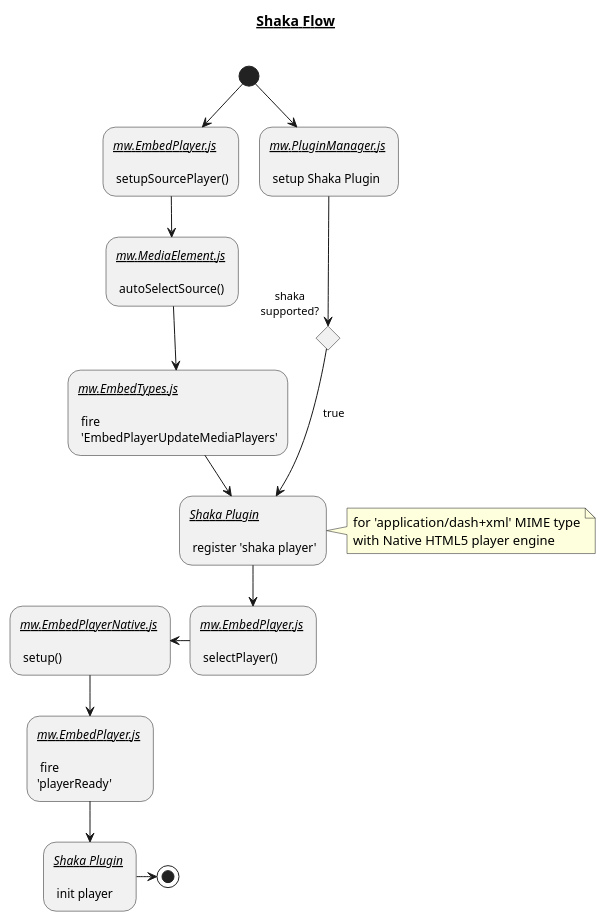
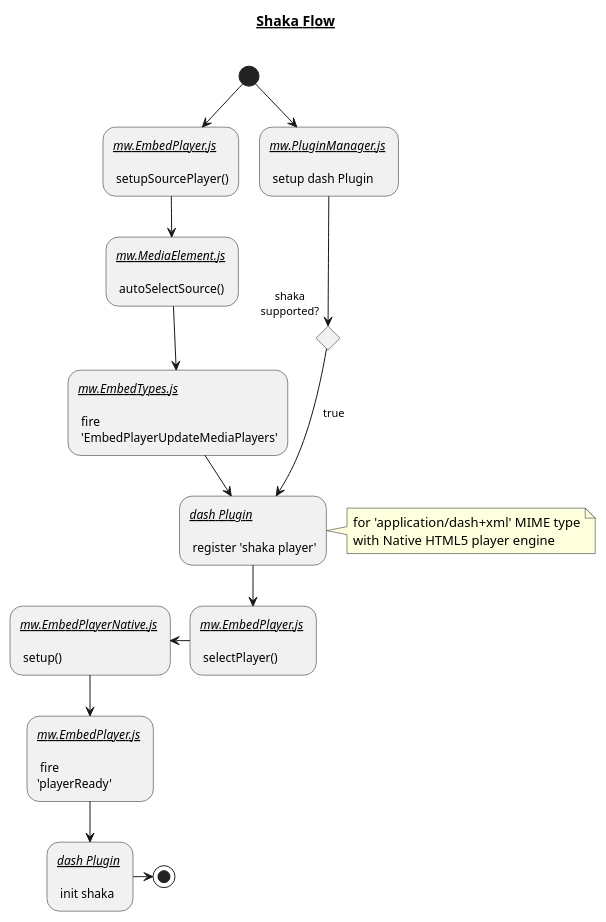
One commit to kaltura/mwEmbed changed the diagram in modules/Dash/shaka.puml. Above: the diagram before and after it, drawn with PlantUML. The commit also changed 1 other file, not shown here.

```diff
--- a/modules/Dash/shaka.puml
+++ b/modules/Dash/shaka.puml
@@ -1,33 +1,34 @@
 @startuml
 title __Shaka Flow__\n
 
 (*) --> __//mw.EmbedPlayer.js//__ \n\n setupSourcePlayer()
 
 --> __//mw.MediaElement.js//__ \n\n autoSelectSource()
 
 --> __//mw.EmbedTypes.js//__ \n\n fire \n 'EmbedPlayerUpdateMediaPlayers'
 
---> "__//Shaka Plugin//__ \n\n register 'shaka player'" as a1
+--> "__//dash Plugin//__ \n\n register 'shaka player'" as a1
 
-(*) --> __//mw.PluginManager.js//__ \n\n setup Shaka Plugin
+(*) --> __//mw.PluginManager.js//__ \n\n setup dash Plugin
+
 
 if "shaka\nsupported?"
 
 --> [true] a1
 
 note right
 for 'application/dash+xml' MIME type
 with Native HTML5 player engine
 end note
 
 --> __//mw.EmbedPlayer.js//__ \n\n selectPlayer()
 
 -left> __//mw.EmbedPlayerNative.js//__ \n\n setup()
 
 --> __//mw.EmbedPlayer.js//__ \n\n fire\n'playerReady'
 
---> __//Shaka Plugin//__ \n\n init player
+--> __//dash Plugin//__ \n\n init shaka
 
 -> (*)
 
 @enduml
```
